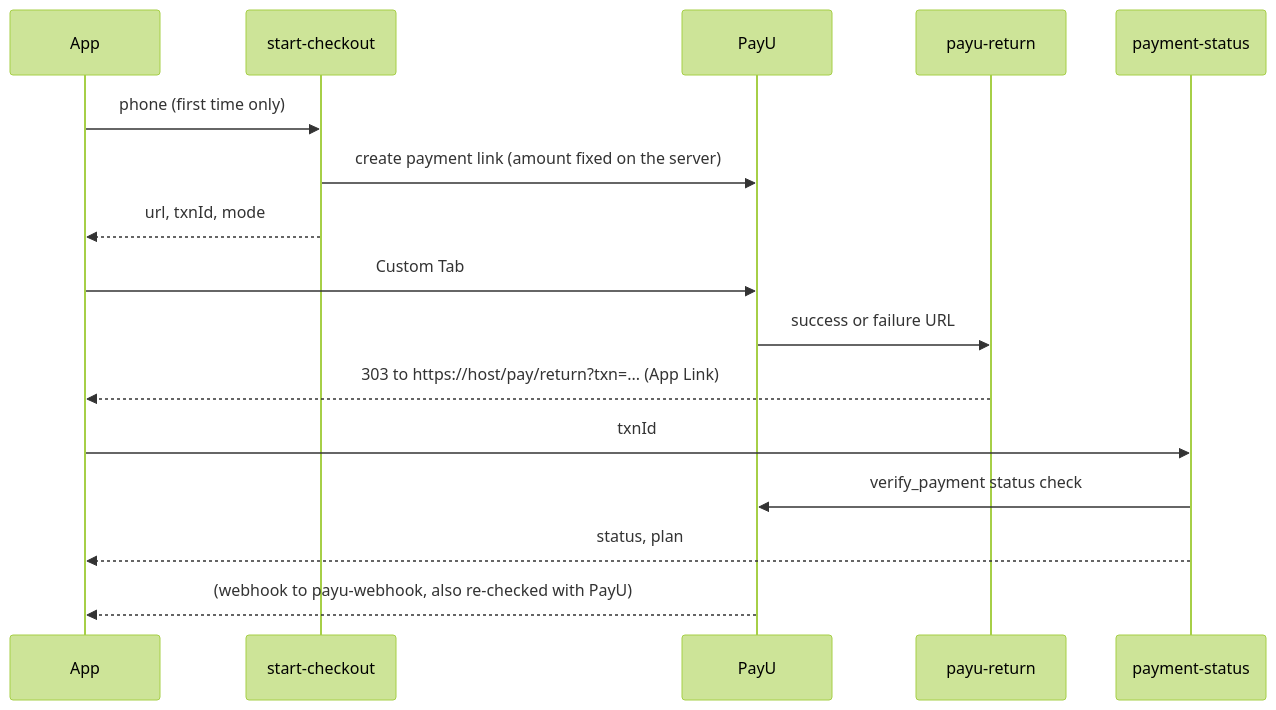
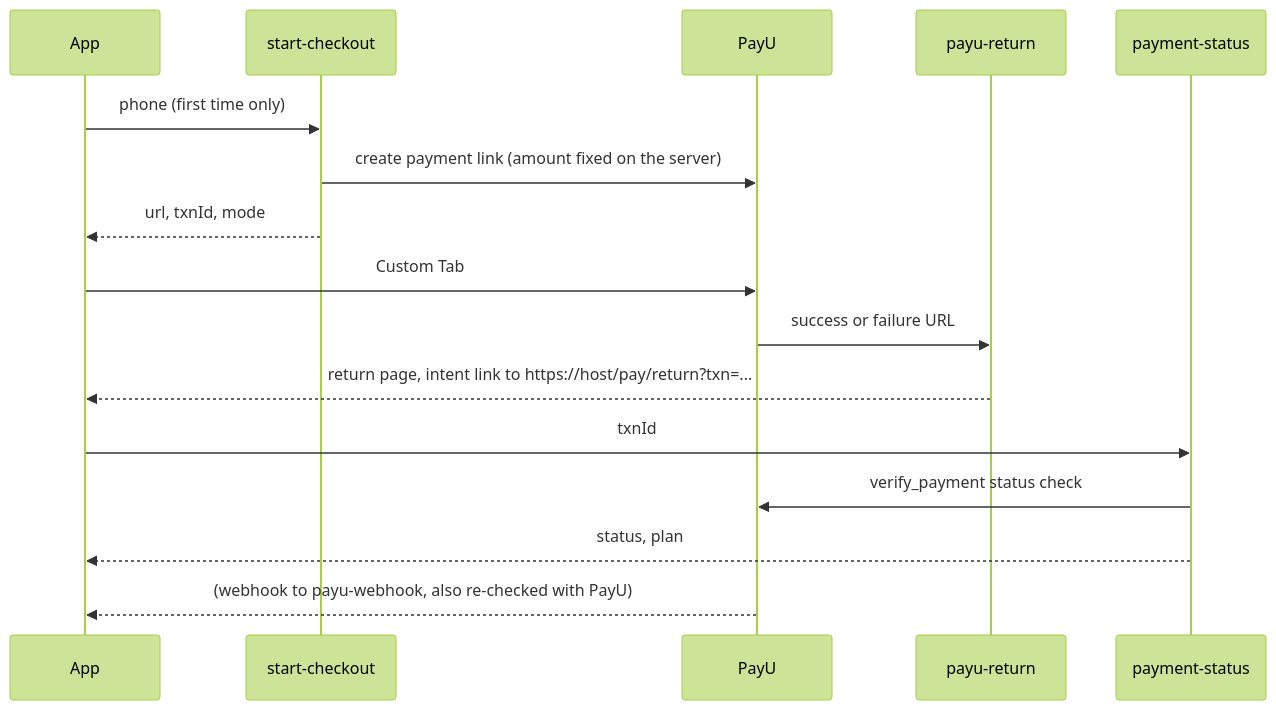
Before and after one commit to chinmayautoomstudio/MPlay: the diagram in docs/features/payments.md, drawn with Mermaid (forest theme). The commit also changed other lines of this file and 5 other files, not shown here.

First line of the commit message:
Update PayU return handling to serve a dedicated return page

````diff
--- a/docs/features/payments.md
+++ b/docs/features/payments.md
@@ -36,18 +37,18 @@
 ```mermaid
 sequenceDiagram
     participant App
     participant Fn as start-checkout
     participant PayU
     participant Ret as payu-return
     participant St as payment-status
     App->>Fn: phone (first time only)
     Fn->>PayU: create payment link (amount fixed on the server)
     Fn-->>App: url, txnId, mode
     App->>PayU: Custom Tab
     PayU->>Ret: success or failure URL
-    Ret-->>App: 303 to https://host/pay/return?txn=... (App Link)
+    Ret-->>App: return page, intent link to https://host/pay/return?txn=...
     App->>St: txnId
     St->>PayU: verify_payment status check
     St-->>App: status, plan
     PayU-->>App: (webhook to payu-webhook, also re-checked with PayU)
 ```
````
